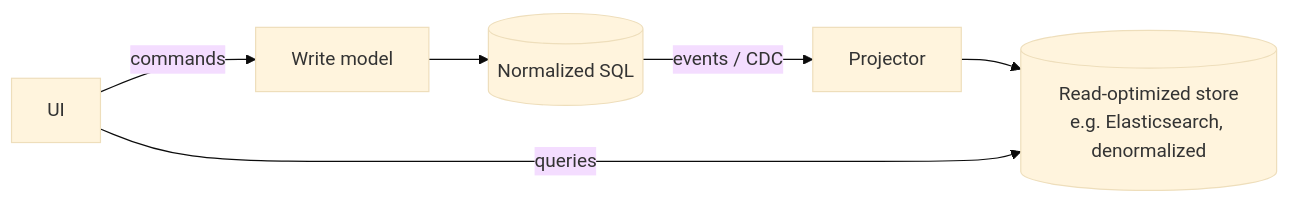
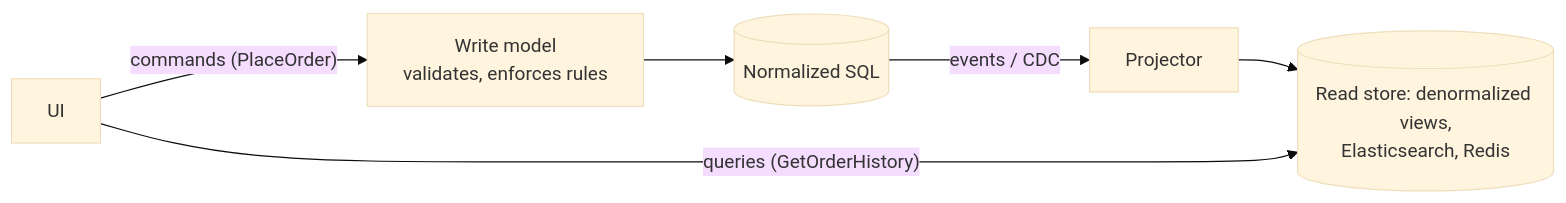
The fourth of 5 diagrams in design/2 Architecture/Architectural Styles.md (hshtgbrendo/software-dev-prep), drawn with Mermaid (base theme) before and after one commit. The commit also changed other lines of this file and 28 other files, not shown here.

````diff
--- a/design/2 Architecture/Architectural Styles.md
+++ b/design/2 Architecture/Architectural Styles.md
@@ -131,7 +263,8 @@
 ```mermaid
 flowchart LR
-  UI -->|commands| W[Write model] --> WDB[(Normalized SQL)]
-  WDB -- events / CDC --> R[Projector]
-  R --> RDB[(Read-optimized store<br/>e.g. Elasticsearch, denormalized)]
-  UI -->|queries| RDB
+  UI -->|"commands (PlaceOrder)"| W[Write model<br/>validates, enforces rules]
+  W --> WDB[(Normalized SQL)]
+  WDB -- "events / CDC" --> PR[Projector]
+  PR --> RDB[(Read store: denormalized views,<br/>Elasticsearch, Redis)]
+  UI -->|"queries (GetOrderHistory)"| RDB
 ```
````
